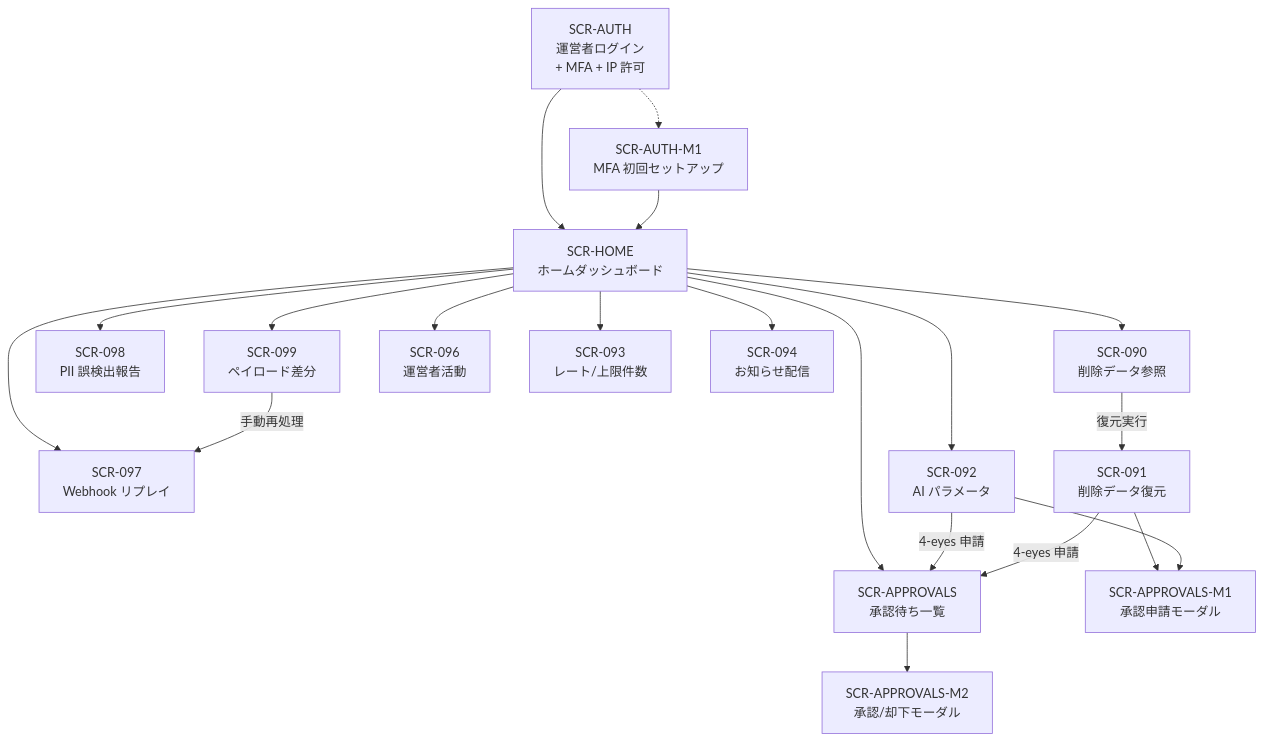
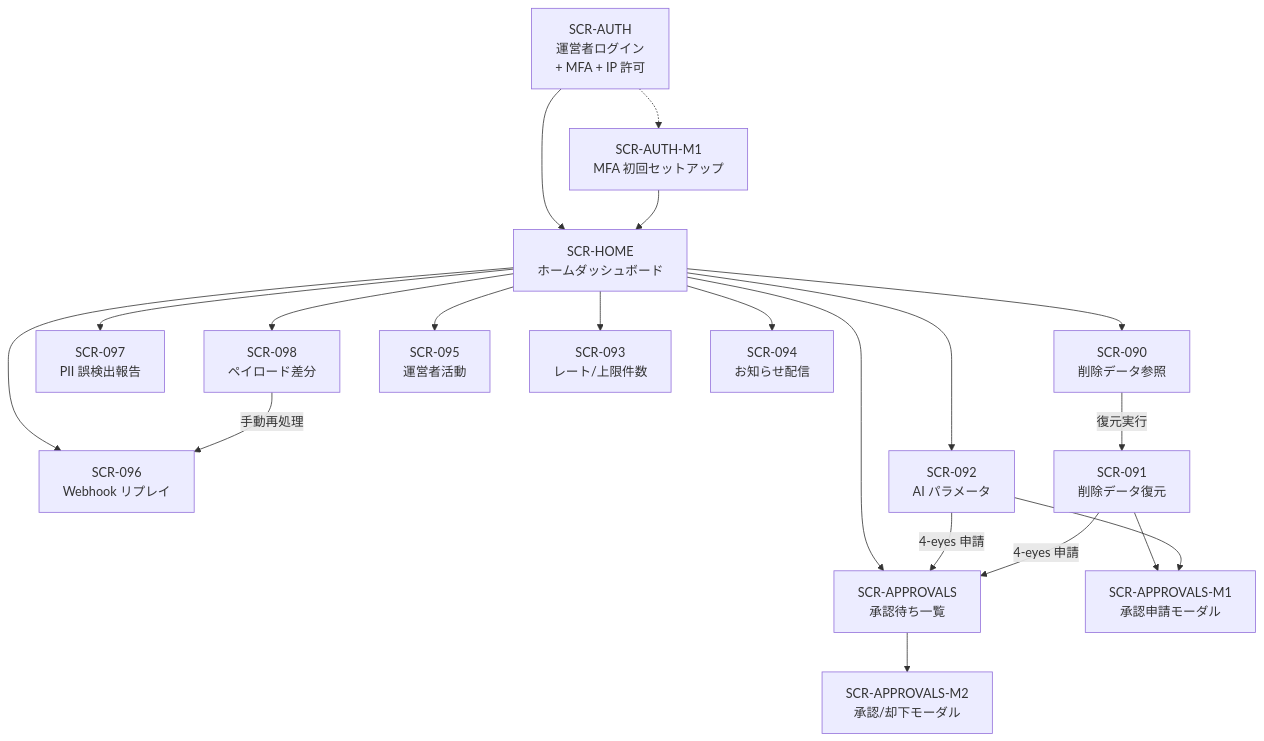
Before and after one commit to sikakou54/open-faq: the diagram in 02_運営者システム/02_基本設計/01_画面設計.md, drawn with Mermaid. The commit also changed other lines of this file and 118 other files, not shown here.

````diff
--- a/02_運営者システム/02_基本設計/01_画面設計.md
+++ b/02_運営者システム/02_基本設計/01_画面設計.md
@@ -105,22 +105,22 @@
 ```mermaid
 flowchart TD
  Login[SCR-AUTH<br/>運営者ログイン<br/>+ MFA + IP 許可] --> Home[SCR-HOME<br/>ホームダッシュボード]
  Login -.-> AuthM1[SCR-AUTH-M1<br/>MFA 初回セットアップ]
  AuthM1 --> Home
  Home --> SCR090[SCR-090<br/>削除データ参照]
- Home --> SCR097[SCR-097<br/>Webhook リプレイ]
- Home --> SCR098[SCR-098<br/>PII 誤検出報告]
- Home --> SCR099[SCR-099<br/>ペイロード差分]
- Home --> SCR096[SCR-096<br/>運営者活動]
+ Home --> SCR097[SCR-096<br/>Webhook リプレイ]
+ Home --> SCR098[SCR-097<br/>PII 誤検出報告]
+ Home --> SCR099[SCR-098<br/>ペイロード差分]
+ Home --> SCR096[SCR-095<br/>運営者活動]
  Home --> SCR092[SCR-092<br/>AI パラメータ]
  Home --> SCR093[SCR-093<br/>レート/上限件数]
  Home --> SCR094[SCR-094<br/>お知らせ配信]
  Home --> Approvals[SCR-APPROVALS<br/>承認待ち一覧]
  SCR090 -->|復元実行| SCR091[SCR-091<br/>削除データ復元]
  SCR099 -->|手動再処理| SCR097
  SCR092 -->|4-eyes 申請| Approvals
  SCR091 -->|4-eyes 申請| Approvals
  Approvals --> ApprovalsM2[SCR-APPROVALS-M2<br/>承認/却下モーダル]
  SCR091 --> ApprovalsM1[SCR-APPROVALS-M1<br/>承認申請モーダル]
  SCR092 --> ApprovalsM1
 ```
````
